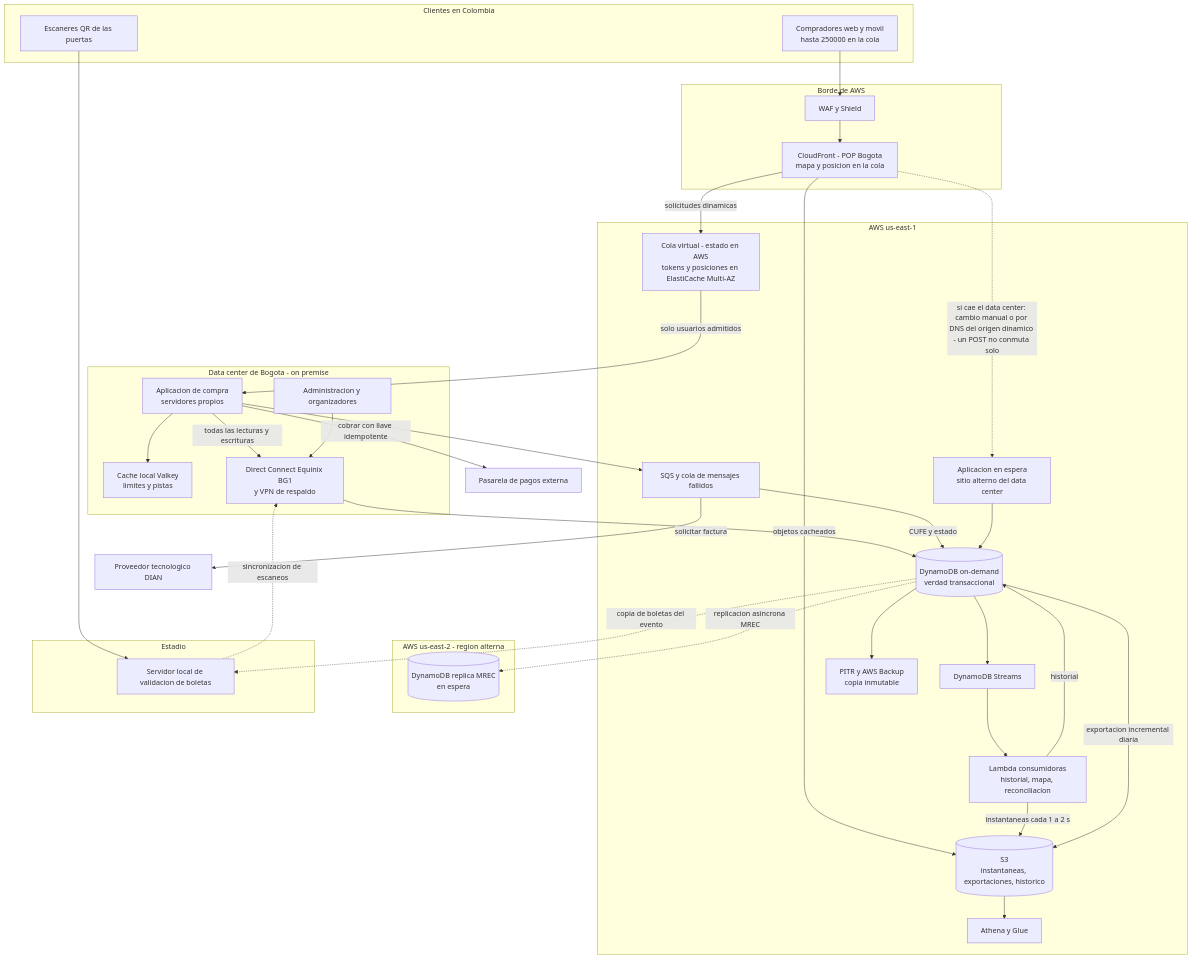
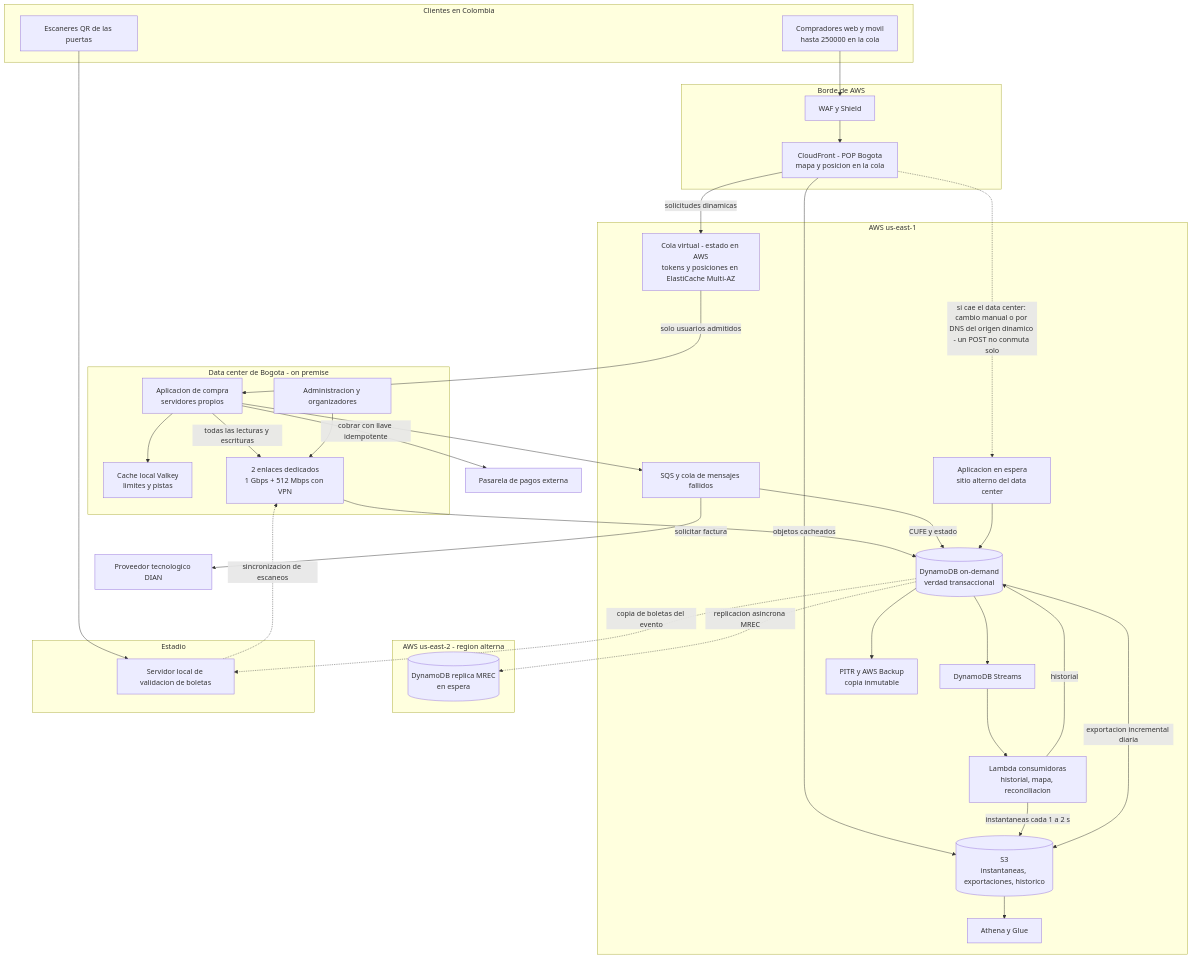
The second of 3 diagrams in jacobo/arquitectura.md (Casti197/bdproyecto), drawn with Mermaid before and after one commit. The commit also changed other lines of this file and 5 other files, not shown here.

````diff
--- a/jacobo/arquitectura.md
+++ b/jacobo/arquitectura.md
@@ -201,59 +201,59 @@
 ```mermaid
 flowchart TB
   subgraph CL["Clientes en Colombia"]
     USR["Compradores web y movil<br/>hasta 250000 en la cola"]
     ESC["Escaneres QR de las puertas"]
   end
   subgraph EDG["Borde de AWS"]
     WAF["WAF y Shield"]
     CDN["CloudFront - POP Bogota<br/>mapa y posicion en la cola"]
   end
   subgraph BOG["Data center de Bogota - on premise"]
     APPB["Aplicacion de compra<br/>servidores propios"]
     CACHEB["Cache local Valkey<br/>limites y pistas"]
     BO["Administracion y organizadores"]
-    GW["Direct Connect Equinix BG1<br/>y VPN de respaldo"]
+    GW["2 enlaces dedicados<br/>1 Gbps + 512 Mbps con VPN"]
   end
   subgraph R1["AWS us-east-1"]
     COLAB["Cola virtual - estado en AWS<br/>tokens y posiciones en ElastiCache Multi-AZ"]
     DDB[("DynamoDB on-demand<br/>verdad transaccional")]
     STR["DynamoDB Streams"]
     LMB["Lambda consumidoras<br/>historial, mapa, reconciliacion"]
     SQS["SQS y cola de mensajes fallidos"]
     S3[("S3<br/>instantaneas, exportaciones, historico")]
     ATH["Athena y Glue"]
     BKP["PITR y AWS Backup<br/>copia inmutable"]
     APPS["Aplicacion en espera<br/>sitio alterno del data center"]
   end
   subgraph R2["AWS us-east-2 - region alterna"]
     DDB2[("DynamoDB replica MREC<br/>en espera")]
   end
   subgraph EST["Estadio"]
     SRV["Servidor local de validacion de boletas"]
   end
   PAS["Pasarela de pagos externa"]
   DIAN["Proveedor tecnologico DIAN"]
 
   USR --> WAF --> CDN
   CDN -->|"objetos cacheados"| S3
   CDN -->|"solicitudes dinamicas"| COLAB -->|"solo usuarios admitidos"| APPB
   APPB --> CACHEB
   APPB -->|"todas las lecturas y escrituras"| GW --> DDB
   DDB --> STR --> LMB
   LMB -->|"instantaneas cada 1 a 2 s"| S3
   LMB -->|"historial"| DDB
   APPB -->|"cobrar con llave idempotente"| PAS
   APPB --> SQS
   SQS -->|"solicitar factura"| DIAN
   SQS -->|"CUFE y estado"| DDB
   DDB -->|"exportacion incremental diaria"| S3
   S3 --> ATH
   DDB --> BKP
   DDB -.->|"replicacion asincrona MREC"| DDB2
   BO --> GW
   ESC --> SRV
   SRV -.->|"sincronizacion de escaneos"| GW
   DDB -.->|"copia de boletas del evento"| SRV
   CDN -.->|"si cae el data center: cambio manual o por DNS del origen dinamico - un POST no conmuta solo"| APPS
   APPS --> DDB
 ```
````
